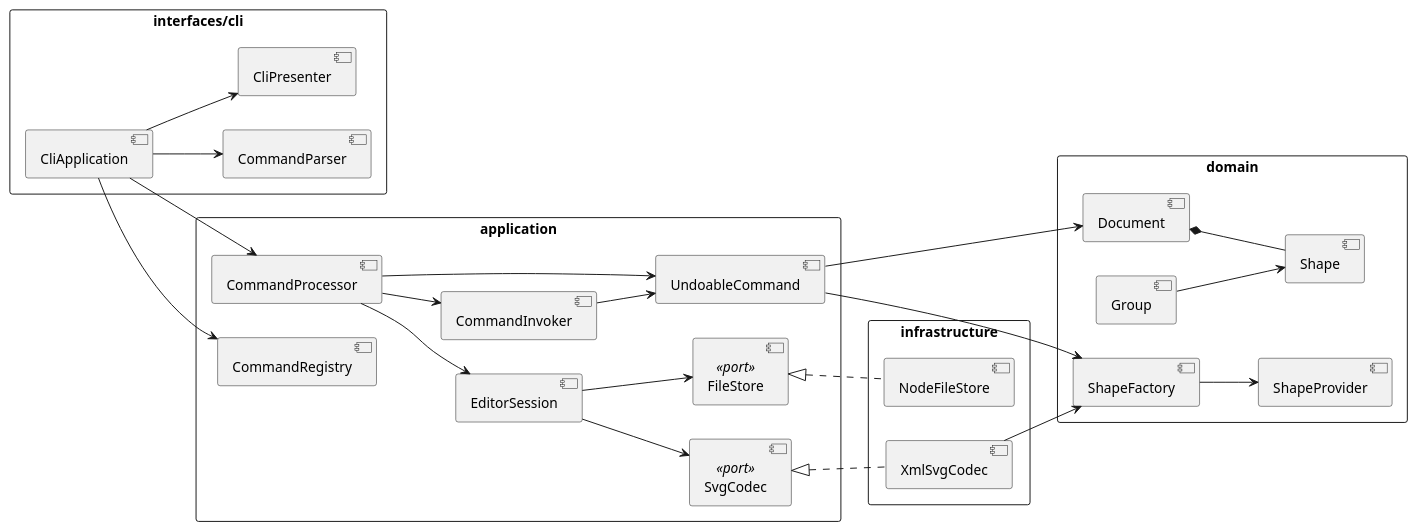
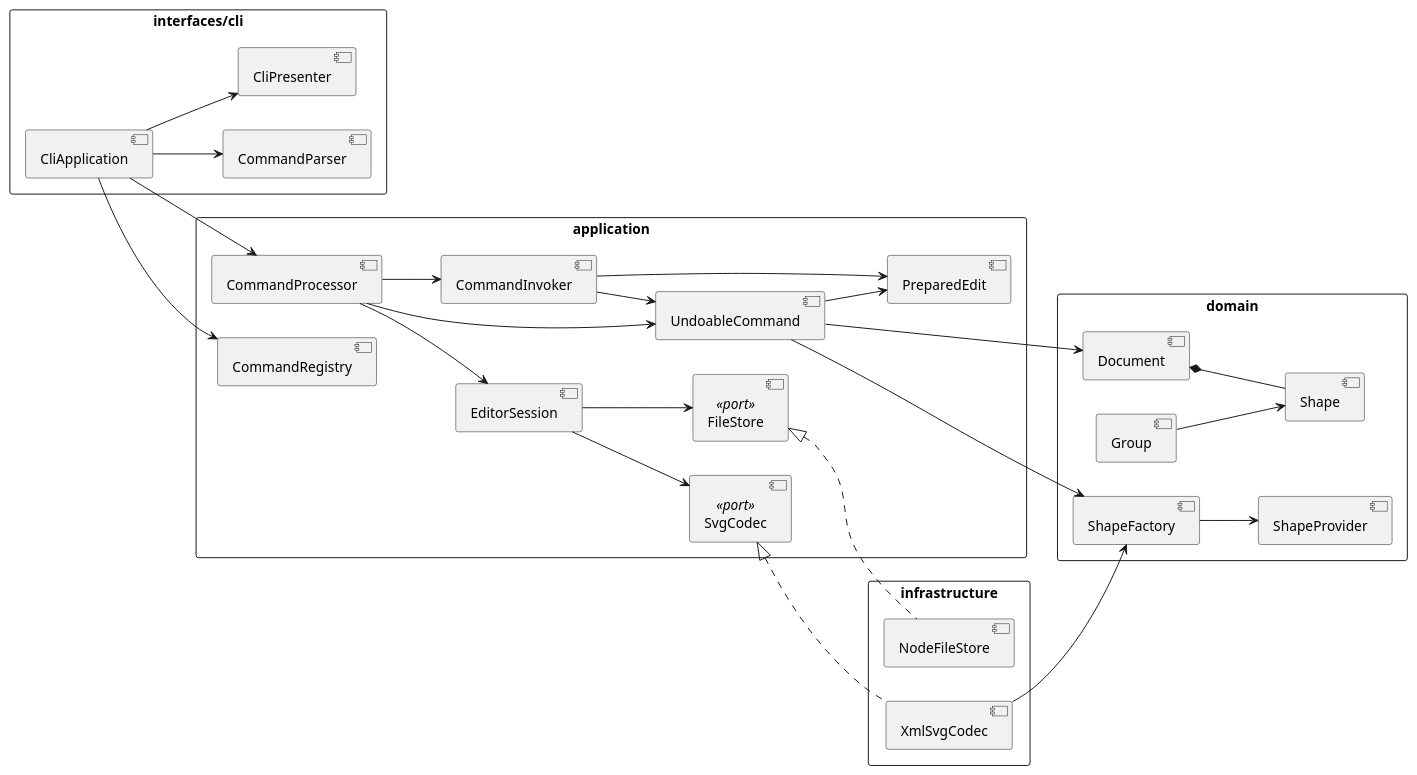
Before and after one commit to xsy12120/svg-editor-pj1: the diagram in doc/README.md, drawn with PlantUML. The commit also changed other lines of this file, not shown here.

````diff
--- a/doc/README.md
+++ b/doc/README.md
@@ -57,51 +57,54 @@
 ```plantuml
 @startuml
 skinparam packageStyle rectangle
 left to right direction
 
 package "interfaces/cli" {
   [CliApplication] --> [CommandParser]
   [CliApplication] --> [CliPresenter]
 }
 
 package "application" {
   [EditorSession]
   [CommandProcessor]
   [CommandInvoker]
   [UndoableCommand]
+  [PreparedEdit]
   [CommandRegistry]
   [SvgCodec] <<port>>
   [FileStore] <<port>>
   [CliApplication] --> [CommandRegistry]
   [CliApplication] --> [CommandProcessor]
   [CommandProcessor] --> [EditorSession]
   [CommandProcessor] --> [CommandInvoker]
   [CommandProcessor] --> [UndoableCommand]
   [CommandInvoker] --> [UndoableCommand]
+  [UndoableCommand] --> [PreparedEdit]
+  [CommandInvoker] --> [PreparedEdit]
   [EditorSession] --> [SvgCodec]
   [EditorSession] --> [FileStore]
 }
 
 package "domain" {
   [Document]
   [Shape]
   [Group]
   [ShapeFactory]
   [ShapeProvider]
   [Document] *-- [Shape]
   [Group] --> [Shape]
   [ShapeFactory] --> [ShapeProvider]
   [UndoableCommand] --> [Document]
   [UndoableCommand] --> [ShapeFactory]
 }
 
 package "infrastructure" {
   [XmlSvgCodec]
   [NodeFileStore]
   [XmlSvgCodec] --> [ShapeFactory]
 }
 
 [SvgCodec] <|.. [XmlSvgCodec]
 [FileStore] <|.. [NodeFileStore]
 @enduml
 ```
````
